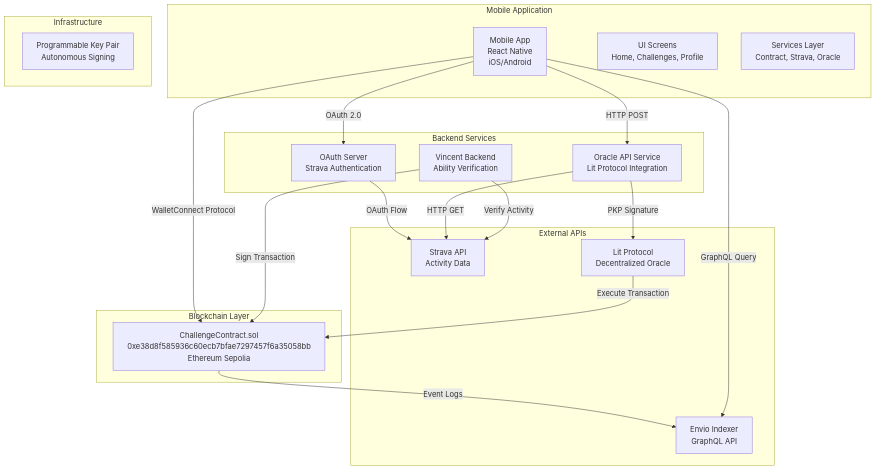
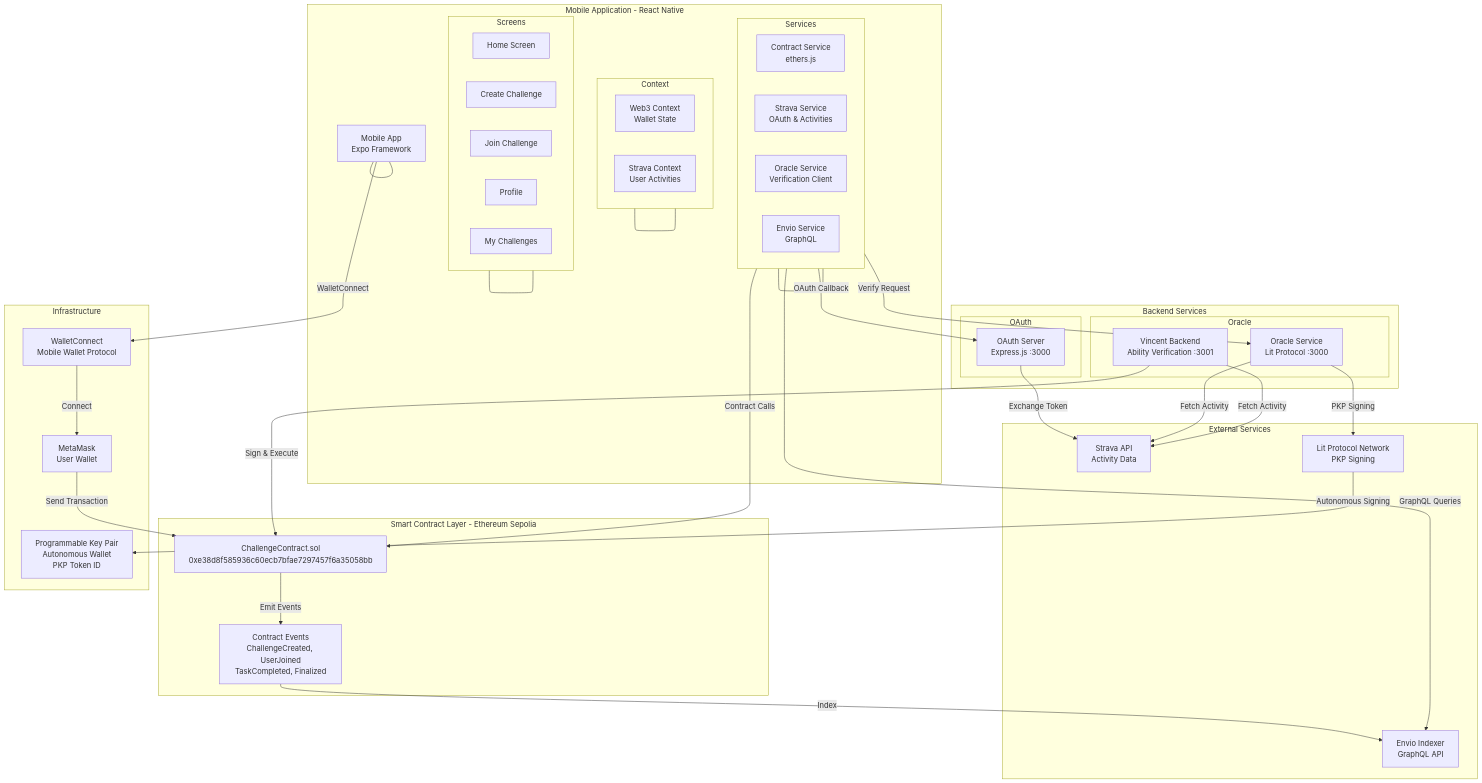
Before and after one commit to Kushagra1122/fitStake: the first of 4 diagrams in README.md, drawn with Mermaid. The commit also changed other lines of this file, not shown here.

````diff
--- a/README.md
+++ b/README.md
@@ -110,40 +110,76 @@
 ```mermaid
 graph TB
-    subgraph "Mobile Application"
-        MobileApp[Mobile App<br/>React Native<br/>iOS/Android]
-        Screens[UI Screens<br/>Home, Challenges, Profile]
-        Services[Services Layer<br/>Contract, Strava, Oracle]
+    subgraph "Mobile Application - React Native"
+        MobileApp[Mobile App<br/>Expo Framework]
+        subgraph Screens
+            HomeScreen[Home Screen]
+            CreateScreen[Create Challenge]
+            JoinScreen[Join Challenge]
+            ProfileScreen[Profile]
+            ChallengesScreen[My Challenges]
+        end
+        subgraph Services
+            ContractService[Contract Service<br/>ethers.js]
+            StravaService[Strava Service<br/>OAuth & Activities]
+            OracleService[Oracle Service<br/>Verification Client]
+            EnvioService[Envio Service<br/>GraphQL]
+        end
+        subgraph Context
+            Web3Context[Web3 Context<br/>Wallet State]
+            StravaContext[Strava Context<br/>User Activities]
+        end
     end
     
-    subgraph "Blockchain Layer"
-        SmartContract[ChallengeContract.sol<br/>0xe38d8f585936c60ecb7bfae7297457f6a35058bb<br/>Ethereum Sepolia]
+    subgraph "Smart Contract Layer - Ethereum Sepolia"
+        SmartContract[ChallengeContract.sol<br/>0xe38d8f585936c60ecb7bfae7297457f6a35058bb]
+        Events[Contract Events<br/>ChallengeCreated, UserJoined<br/>TaskCompleted, Finalized]
     end
     
     subgraph "Backend Services"
-        OracleBackend[Oracle API Service<br/>Lit Protocol Integration]
-        VincentBackend[Vincent Backend<br/>Ability Verification]
-        OAuthServer[OAuth Server<br/>Strava Authentication]
+        subgraph OAuth
+            OAuthServer[OAuth Server<br/>Express.js :3000]
+        end
+        subgraph Oracle
+            OracleBackend[Oracle Service<br/>Lit Protocol :3000]
+            VincentBackend[Vincent Backend<br/>Ability Verification :3001]
+        end
     end
     
-    subgraph "External APIs"
+    subgraph "External Services"
         StravaAPI[Strava API<br/>Activity Data]
-        LitProtocol[Lit Protocol<br/>Decentralized Oracle]
+        LitNetwork[Lit Protocol Network<br/>PKP Signing]
         EnvioIndexer[Envio Indexer<br/>GraphQL API]
     end
     
     subgraph "Infrastructure"
-        PKPWallet[Programmable Key Pair<br/>Autonomous Signing]
+        PKPWallet[Programmable Key Pair<br/>Autonomous Wallet<br/>PKP Token ID]
+        WalletConnect[WalletConnect<br/>Mobile Wallet Protocol]
+        MetaMask[MetaMask<br/>User Wallet]
     end
     
-    MobileApp -->|WalletConnect Protocol| SmartContract
-    MobileApp -->|OAuth 2.0| OAuthServer
-    OAuthServer -->|OAuth Flow| StravaAPI
-    MobileApp -->|HTTP POST| OracleBackend
-    OracleBackend -->|HTTP GET| StravaAPI
-    OracleBackend -->|PKP Signature| LitProtocol
-    LitProtocol -->|Execute Transaction| SmartContract
-    SmartContract -->|Event Logs| EnvioIndexer
-    MobileApp -->|GraphQL Query| EnvioIndexer
-    VincentBackend -->|Verify Activity| StravaAPI
-    VincentBackend -->|Sign Transaction| SmartContract
+    MobileApp --- MobileApp
+    Screens --- Screens
+    Services --- Services
+    Context --- Context
+    
+    Services -->|Contract Calls| SmartContract
+    Services -->|GraphQL Queries| EnvioIndexer
+    Services -->|OAuth Callback| OAuthServer
+    Services -->|Verify Request| OracleBackend
+    
+    OAuthServer -->|Exchange Token| StravaAPI
+    
+    OracleBackend -->|Fetch Activity| StravaAPI
+    OracleBackend -->|PKP Signing| LitNetwork
+    VincentBackend -->|Fetch Activity| StravaAPI
+    VincentBackend -->|Sign & Execute| SmartContract
+    
+    LitNetwork -->|Autonomous Signing| PKPWallet
+    
+    SmartContract -->|Emit Events| Events
+    Events -->|Index| EnvioIndexer
+    
+    MobileApp -->|WalletConnect| WalletConnect
+    WalletConnect -->|Connect| MetaMask
+    MetaMask -->|Send Transaction| SmartContract
 ```
````
